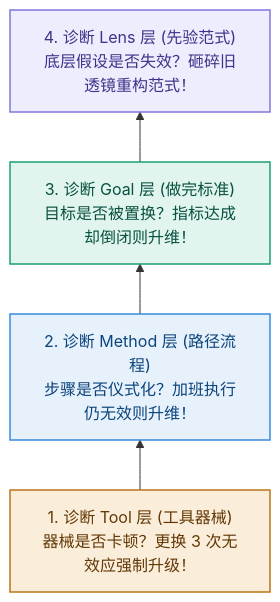
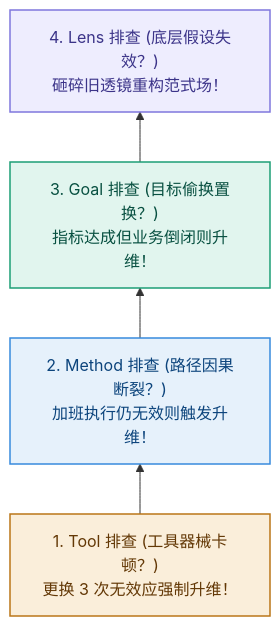
The diagram in outputs/book/07_第07章_逆向追查_沿因果链拔除深层病根.md (hongyangchun/lgmt-book), drawn with Mermaid before and after one commit. The commit also changed other lines of this file and 3986 other files, not shown here.

````diff
--- a/outputs/book/07_第07章_逆向追查_沿因果链拔除深层病根.md
+++ b/outputs/book/07_第07章_逆向追查_沿因果链拔除深层病根.md
@@ -75,17 +73,17 @@
 ```mermaid
 flowchart BT
     %% FIG-07-DIAGNOSIS: 自下而上的四级逆向诊断阶梯
     classDef toolStyle fill:#FAEEDA,stroke:#BA7517,stroke-width:1.5px,color:#633806;
     classDef methodStyle fill:#E6F1FB,stroke:#378ADD,stroke-width:1.5px,color:#0C447C;
     classDef goalStyle fill:#E1F5EE,stroke:#1D9E75,stroke-width:1.5px,color:#085041;
     classDef lensStyle fill:#EEEDFE,stroke:#7F77DD,stroke-width:1.5px,color:#3C3489;
 
-    T["1. 诊断 Tool 层 (工具器械)<br/>器械是否卡顿？更换 3 次无效应强制升级！"] --> M["2. 诊断 Method 层 (路径流程)<br/>步骤是否仪式化？加班执行仍无效则升维！"]
-    M --> G["3. 诊断 Goal 层 (做完标准)<br/>目标是否被置换？指标达成却倒闭则升维！"]
-    G --> L["4. 诊断 Lens 层 (先验范式)<br/>底层假设是否失效？砸碎旧透镜重构范式！"]
+    T["1. Tool 排查 (工具器械卡顿？)<br/>更换 3 次无效应强制升维！"] --> M["2. Method 排查 (路径因果断裂？)<br/>加班执行仍无效则触发升维！"]
+    M --> G["3. Goal 排查 (目标偷换置换？)<br/>指标达成但业务倒闭则升维！"]
+    G --> L["4. Lens 排查 (底层假设失效？)<br/>砸碎旧透镜重构范式场！"]
 
     class T toolStyle;
     class M methodStyle;
     class G goalStyle;
     class L lensStyle;
 ```
````
